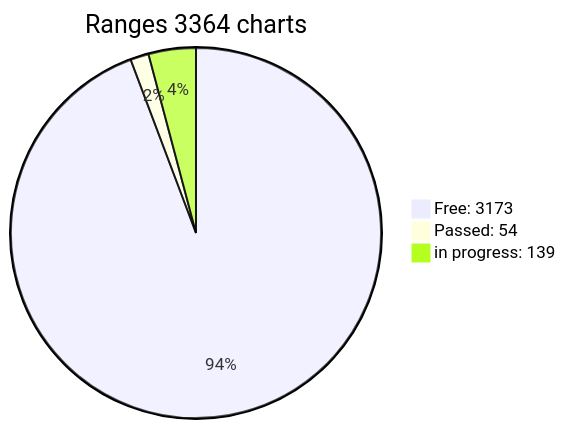
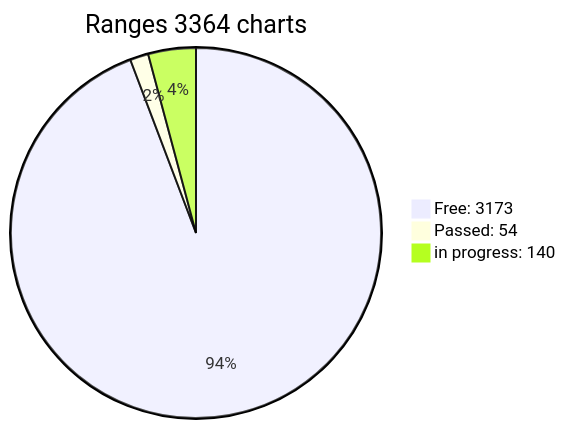
Before and after one commit to jonlloner/wif500: the diagram in x64/Release/table.md, drawn with Mermaid. The commit also changed other lines of this file, not shown here.

````diff
--- a/x64/Release/table.md
+++ b/x64/Release/table.md
@@ -40,6 +41,6 @@
 ```mermaid
 pie title Ranges 3364 charts
-"Free: 3173" : 3171
+"Free: 3173" : 3170
 "Passed: 54" : 54
-"in progress: 139" : 139
+"in progress: 140" : 140
 ```  
````
